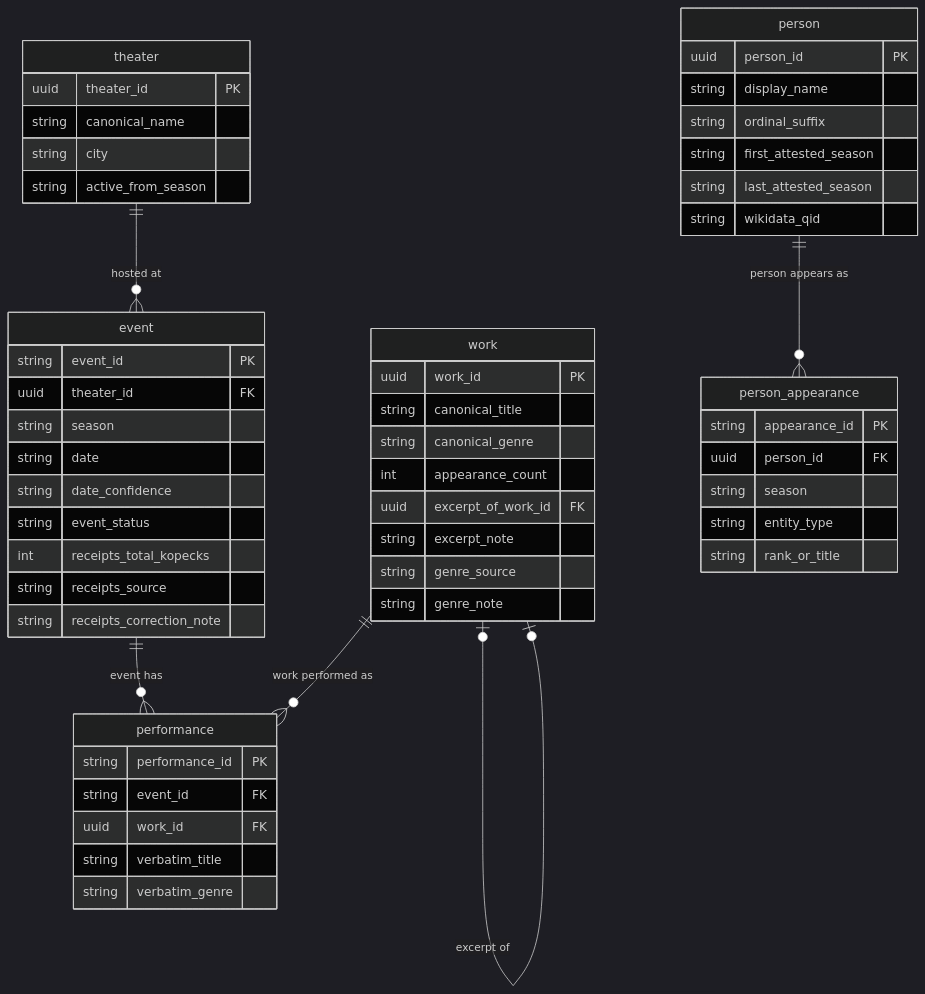
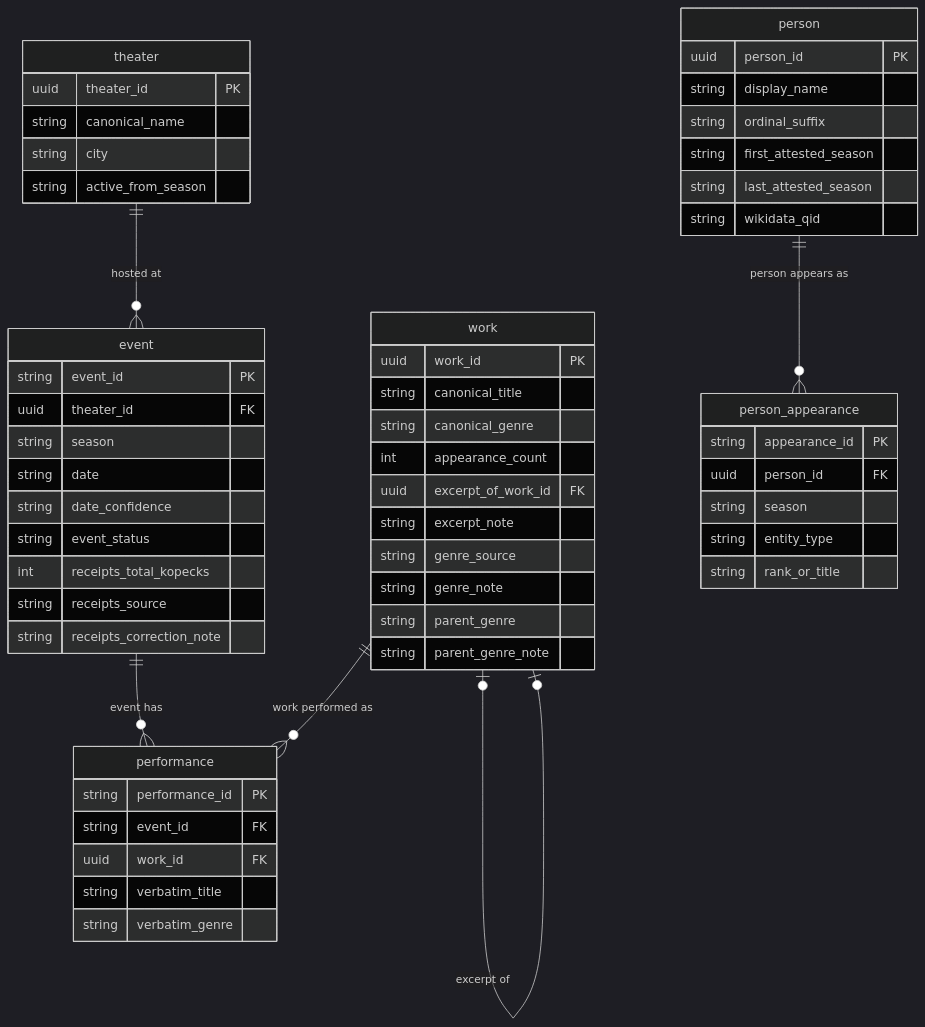
Before and after one commit to PULdischo/imperial_russia_theatre_yearbooks: the second of 2 diagrams in README.md, drawn with Mermaid (dark theme). The commit also changed 5 other files, not shown here.

Commit message:
Research layer: parent_genre = ballet for works printed in the ballet productions lists (RG's rule), with curated spelling aliases (issue #118)

````diff
--- a/README.md
+++ b/README.md
@@ -264,58 +264,60 @@
 ```mermaid
 erDiagram
     theater {
         uuid theater_id PK
         string canonical_name
         string city
         string active_from_season
     }
     work {
         uuid work_id PK
         string canonical_title
         string canonical_genre
         int appearance_count
         uuid excerpt_of_work_id FK
         string excerpt_note
         string genre_source
         string genre_note
+        string parent_genre
+        string parent_genre_note
     }
     person {
         uuid person_id PK
         string display_name
         string ordinal_suffix
         string first_attested_season
         string last_attested_season
         string wikidata_qid
     }
     event {
         string event_id PK
         uuid theater_id FK
         string season
         string date
         string date_confidence
         string event_status
         int receipts_total_kopecks
         string receipts_source
         string receipts_correction_note
     }
     performance {
         string performance_id PK
         string event_id FK
         uuid work_id FK
         string verbatim_title
         string verbatim_genre
     }
     person_appearance {
         string appearance_id PK
         uuid person_id FK
         string season
         string entity_type
         string rank_or_title
     }
 
     theater ||--o{ event : "hosted at"
     event ||--o{ performance : "event has"
     work ||--o{ performance : "work performed as"
     work |o--o| work : "excerpt of"
     person ||--o{ person_appearance : "person appears as"
 ```
````
